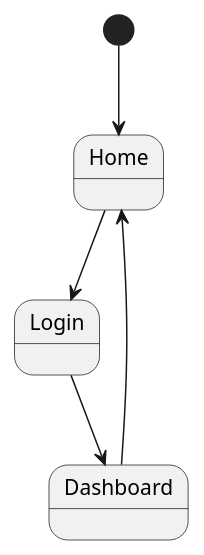
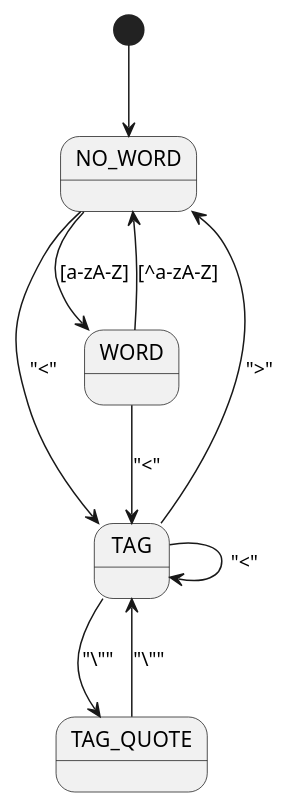
The diagram in UE02/src/firsttry.puml (WierdPy/2324_4CN_0028_sew4_sem1j), drawn with PlantUML before and after one commit. The commit also changed 16 other files, not shown here.

```diff
--- a/UE02/src/firsttry.puml
+++ b/UE02/src/firsttry.puml
@@ -1,12 +1,19 @@
 @startuml
 'https://plantuml.com/use-case-diagram
+'!theme spacelab
 
-
-[*] --> Home
-Home --> Login
-Login --> Dashboard
-Dashboard --> Home
-
-
+[*] --> NO_WORD
+NO_WORD --> TAG : "<"
+NO_WORD --> WORD : [a-zA-Z]
+WORD --> NO_WORD : [^a-zA-Z]
+WORD --> TAG : "<"
+TAG --> TAG_QUOTE : "\""
+'TAG --> TAG : "\"
+TAG --> TAG : "<"
+TAG --> NO_WORD : ">"
+'TAG_QUOTE --> TAG_QUOTE : "\""
+TAG_QUOTE --> TAG : "\""
+'TAG_QUOTE --> TAG_QUOTE : "\""
+'TAG_QUOTE --> NO_WORD : "\""
 
 @endusl
```
